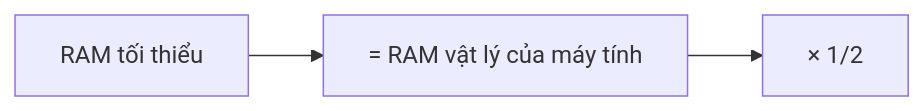
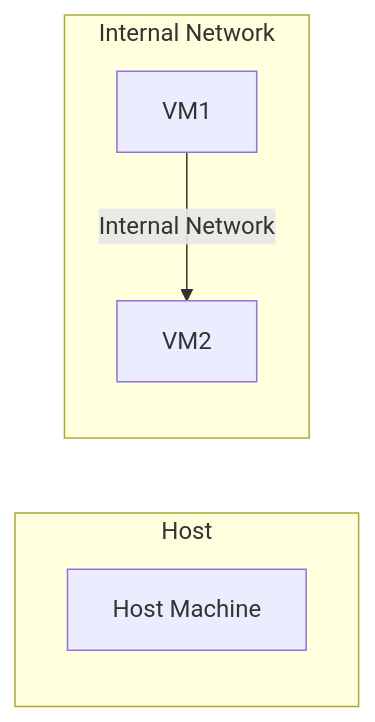
Before and after one commit to akitectio/akitect.io: the fourth of 6 diagrams in content/courses/ubuntu-basics-using-virtualbox/lesson-3-creating-a-virtual-machine-in-virtualbox/index.md, drawn with Mermaid. The commit also changed other lines of this file and 81 other files, not shown here.

````diff
--- a/content/courses/ubuntu-basics-using-virtualbox/lesson-3-creating-a-virtual-machine-in-virtualbox/index.md
+++ b/content/courses/ubuntu-basics-using-virtualbox/lesson-3-creating-a-virtual-machine-in-virtualbox/index.md
@@ -48,5 +158,11 @@
 ```mermaid
 graph LR;
-    A[RAM tối thiểu] --> B[= RAM vật lý của máy tính]
-    B --> C[× 1/2]
+    subgraph Host
+        A[Host Machine]
+    end
+    subgraph Internal Network
+        B[VM1]
+        C[VM2]
+    end
+    B -->|Internal Network| C
 ```
````
